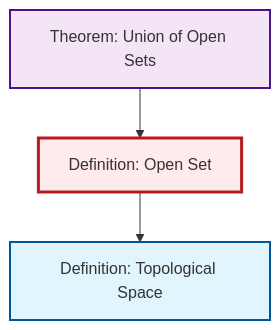
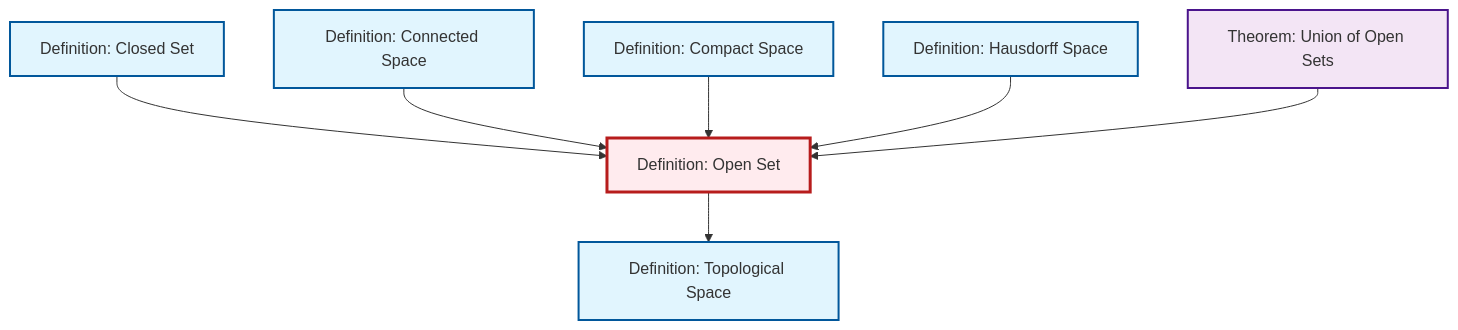
Before and after one commit to RK0429/ModernMath: the diagram in content/en/topology/def-open-set.qmd, drawn with Mermaid. The commit also changed other lines of this file and 203 other files, not shown here.

````diff
--- a/content/en/topology/def-open-set.qmd
+++ b/content/en/topology/def-open-set.qmd
@@ -53,18 +53,23 @@
 ```{mermaid}
 %%| fig-cap: "Local dependency graph"
 graph TD
     classDef definition fill:#e1f5fe,stroke:#01579b,stroke-width:2px
     classDef theorem fill:#f3e5f5,stroke:#4a148c,stroke-width:2px
     classDef axiom fill:#fff3e0,stroke:#e65100,stroke-width:2px
     classDef example fill:#e8f5e9,stroke:#1b5e20,stroke-width:2px
     classDef current fill:#ffebee,stroke:#b71c1c,stroke-width:3px
+    def-topological-space["Definition: Topological Space"]:::definition
+    def-closed-set["Definition: Closed Set"]:::definition
     def-open-set["Definition: Open Set"]:::definition
-    def-topological-space["Definition: Topological Space"]:::definition
+    def-hausdorff["Definition: Hausdorff Space"]:::definition
     thm-union-open-sets["Theorem: Union of Open Sets"]:::theorem
+    def-connected["Definition: Connected Space"]:::definition
+    def-compact["Definition: Compact Space"]:::definition
+    def-closed-set --> def-open-set
+    def-connected --> def-open-set
+    def-open-set --> def-topological-space
+    def-compact --> def-open-set
+    def-hausdorff --> def-open-set
     thm-union-open-sets --> def-open-set
-    def-open-set --> def-topological-space
     class def-open-set current
-
-    click def-topological-space "def-topological-space.html" "Go to Topological Space definition"
-    click thm-union-open-sets "thm-union-open-sets.html" "Go to Union of Open Sets theorem"
 ```
````
